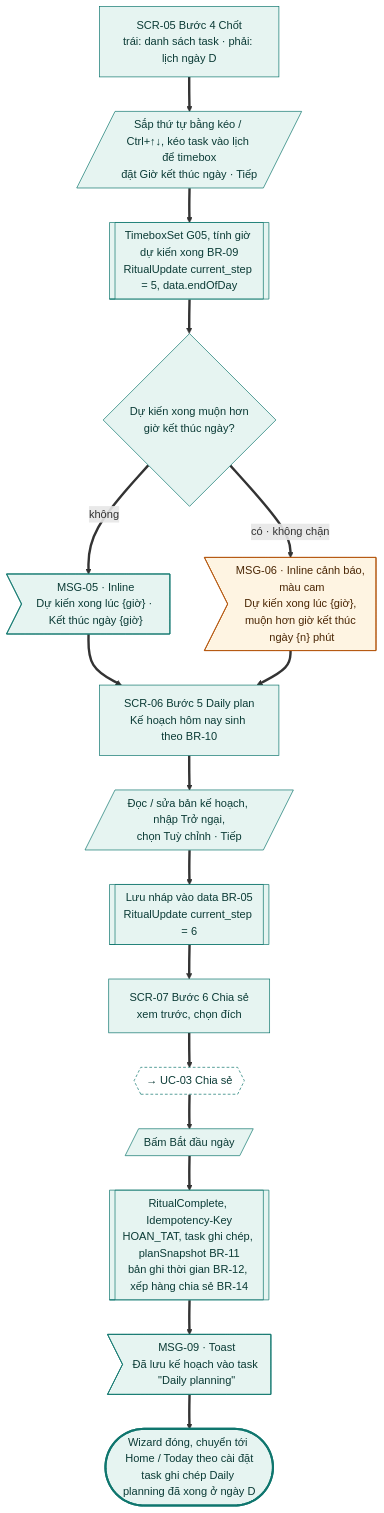
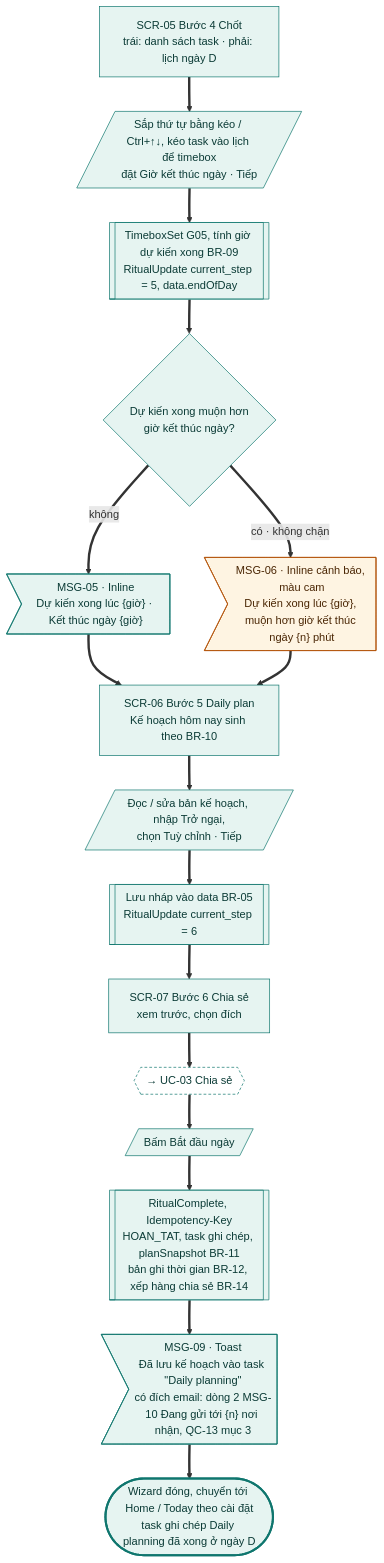
One commit to tannguyenho/personal-app changed the second of 18 diagrams in docs/design-brief/flow/g08-daily-rituals.md. Above: the diagram before and after it, drawn with Mermaid. The commit also changed other lines of this file and 5 other files, not shown here.

First line of the commit message:
docs(G08, G12): áp quyết định PO 09/11 vào SRS, PRD, flow

````diff
--- a/docs/design-brief/flow/g08-daily-rituals.md
+++ b/docs/design-brief/flow/g08-daily-rituals.md
@@ -65,37 +65,37 @@
 ```mermaid
 flowchart TD
   s4["SCR-05 Bước 4 Chốt<br/>trái: danh sách task · phải: lịch ngày D"]
   u5[/"Sắp thứ tự bằng kéo / Ctrl+↑↓, kéo task vào lịch để timebox<br/>đặt Giờ kết thúc ngày · Tiếp"/]
   p5[["TimeboxSet G05, tính giờ dự kiến xong BR-09<br/>RitualUpdate current_step = 5, data.endOfDay"]]
   d5{"Dự kiến xong muộn hơn<br/>giờ kết thúc ngày?"}
   m5>"MSG-05 · Inline<br/>Dự kiến xong lúc {giờ} · Kết thúc ngày {giờ}"]
   m6>"MSG-06 · Inline cảnh báo, màu cam<br/>Dự kiến xong lúc {giờ}, muộn hơn giờ kết thúc ngày {n} phút"]
   s5["SCR-06 Bước 5 Daily plan<br/>Kế hoạch hôm nay sinh theo BR-10"]
   u6[/"Đọc / sửa bản kế hoạch, nhập Trở ngại,<br/>chọn Tuỳ chỉnh · Tiếp"/]
   p6[["Lưu nháp vào data BR-05<br/>RitualUpdate current_step = 6"]]
   s6["SCR-07 Bước 6 Chia sẻ<br/>xem trước, chọn đích"]
   x6{{"→ UC-03 Chia sẻ"}}
   u7[/"Bấm Bắt đầu ngày"/]
   p7[["RitualComplete, Idempotency-Key<br/>HOAN_TAT, task ghi chép, planSnapshot BR-11<br/>bản ghi thời gian BR-12, xếp hàng chia sẻ BR-14"]]
-  m7>"MSG-09 · Toast<br/>Đã lưu kế hoạch vào task #quot;Daily planning#quot;"]
+  m7>"MSG-09 · Toast<br/>Đã lưu kế hoạch vào task #quot;Daily planning#quot;<br/>có đích email: dòng 2 MSG-10 Đang gửi tới {n} nơi nhận, QC-13 mục 3"]
   ok(["Wizard đóng, chuyển tới Home / Today theo cài đặt<br/>task ghi chép Daily planning đã xong ở ngày D"])
 
   s4 ==> u5 ==> p5 ==> d5
   d5 ==>|"không"| m5 ==> s5
   d5 ==>|"có · không chặn"| m6 ==> s5
   s5 ==> u6 ==> p6 ==> s6 ==> x6 ==> u7 ==> p7 ==> m7 ==> ok
 
   class s4,u5,p5,d5,m5,s5,u6,p6,s6,u7,p7,m7 happy
   class m6 warn
   class x6 link
   class ok done
   classDef happy fill:#E6F4F1,stroke:#0F766E,color:#0B3B36
   classDef alt fill:#F1F3F5,stroke:#6B7280,color:#1F2937
   classDef err fill:#FDECEC,stroke:#B42318,color:#5C1010
   classDef warn fill:#FEF4E2,stroke:#B45309,color:#4A2604
   classDef ai fill:#F1ECFD,stroke:#6D28D9,color:#2E1065
   classDef sync fill:#FFFFFF,stroke:#6B7280,stroke-dasharray:4 3,color:#1F2937
   classDef link fill:#FFFFFF,stroke:#0F766E,stroke-dasharray:4 3,color:#0B3B36
   classDef done fill:#E6F4F1,stroke:#0F766E,stroke-width:3px,color:#0B3B36
   classDef fail fill:#FDECEC,stroke:#B42318,stroke-width:3px,color:#5C1010
 ```
````
